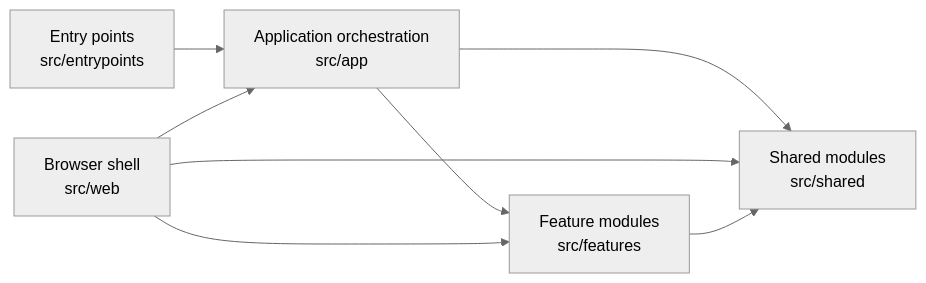
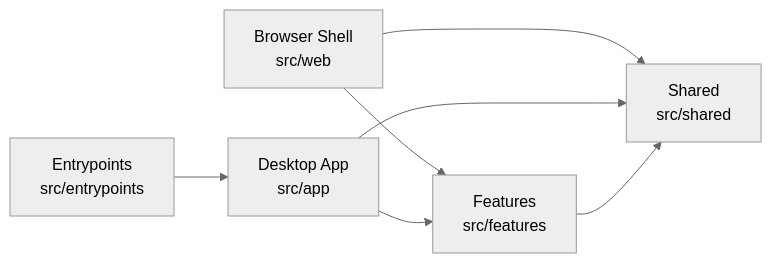
The first of 3 diagrams in docs/en/architecture.md (ChouChiu/Purivox), drawn with Mermaid (neutral theme) before and after one commit. The commit also changed other lines of this file and 15 other files, not shown here.

````diff
--- a/docs/en/architecture.md
+++ b/docs/en/architecture.md
@@ -35,10 +28,9 @@
 ```mermaid
 flowchart LR
-    entry["Entry points<br/>src/entrypoints"] --> app["Application orchestration<br/>src/app"]
-    browser["Browser shell<br/>src/web"] --> app
-    app --> feature["Feature modules<br/>src/features"]
-    app --> shared["Shared modules<br/>src/shared"]
-    browser --> feature
-    browser --> shared
+    entry["Entrypoints<br/>src/entrypoints"] --> app["Desktop App<br/>src/app"]
+    browser["Browser Shell<br/>src/web"] --> feature["Features<br/>src/features"]
+    browser --> shared["Shared<br/>src/shared"]
+    app --> feature
+    app --> shared
     feature --> shared
 ```
````
